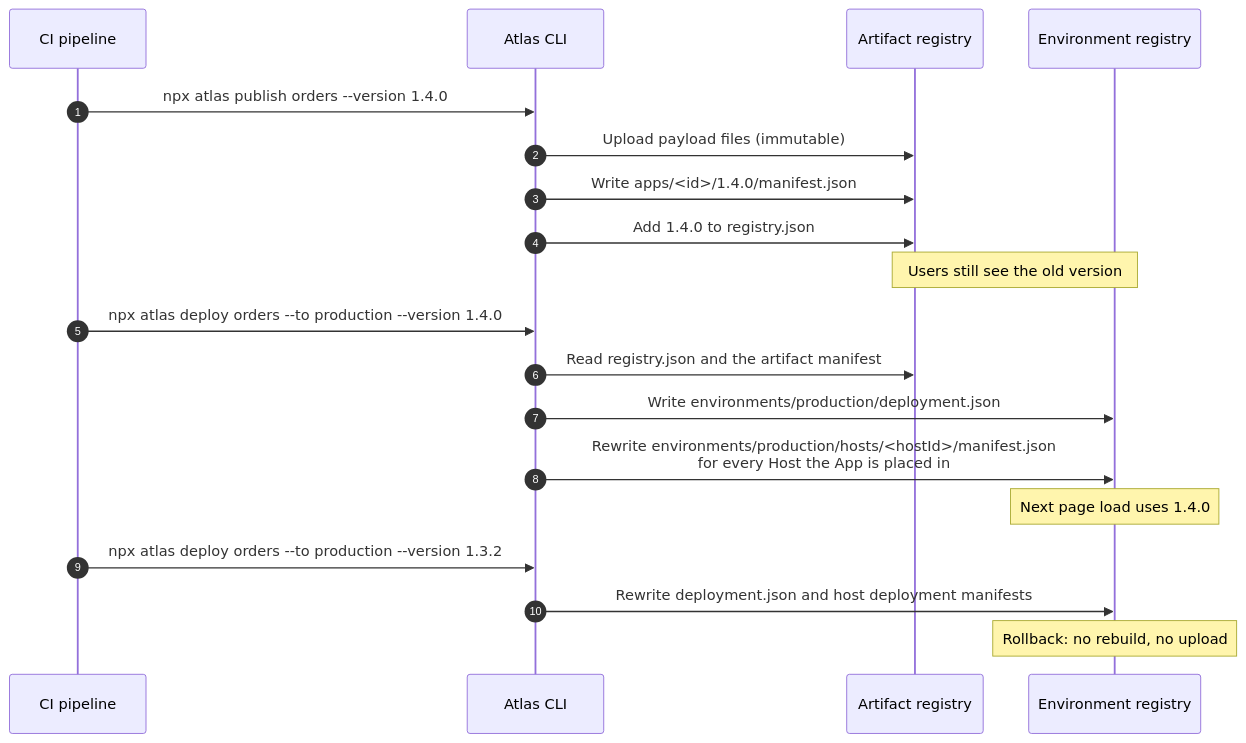
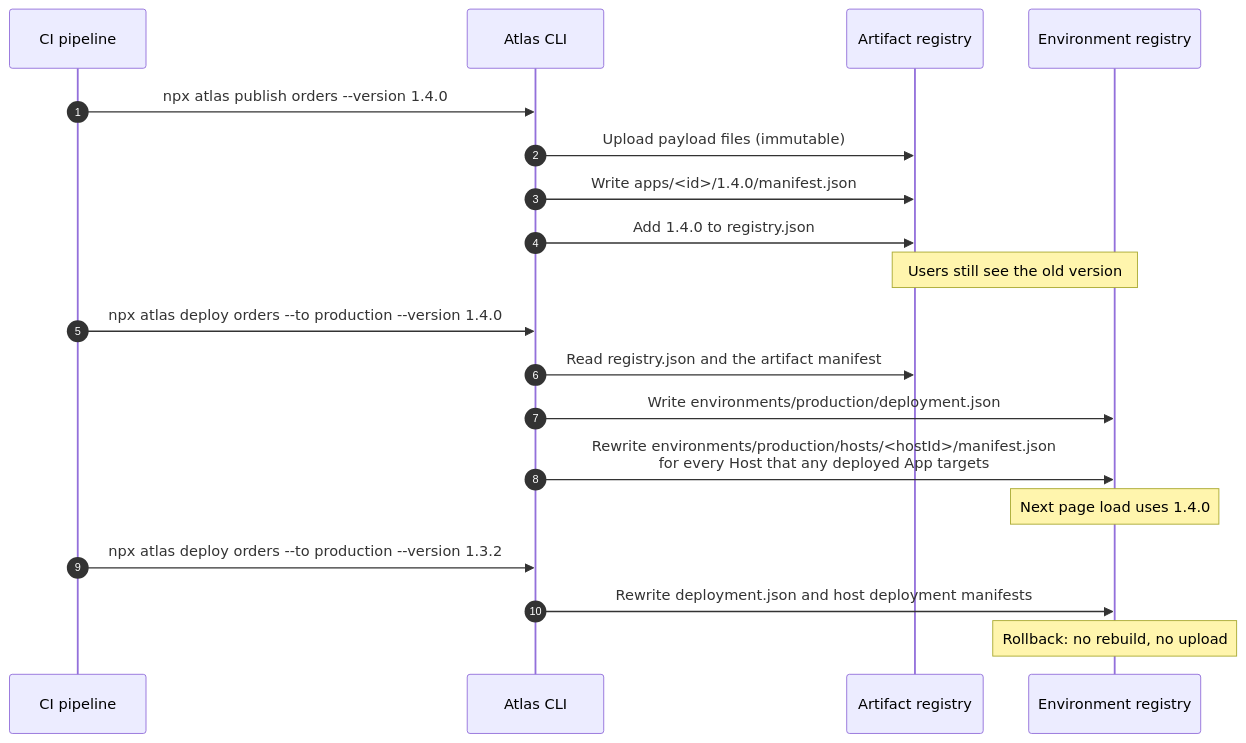
The second of 3 diagrams in docs/introduction/architecture.md (bendaj11/atlas), drawn with Mermaid before and after one commit. The commit also changed other lines of this file and 27 other files, not shown here.

````diff
--- a/docs/introduction/architecture.md
+++ b/docs/introduction/architecture.md
@@ -81,21 +81,21 @@
 ```mermaid
 sequenceDiagram
   autonumber
   participant CI as CI pipeline
   participant CLI as Atlas CLI
   participant A as Artifact registry
   participant E as Environment registry
   CI->>CLI: npx atlas publish orders --version 1.4.0
   CLI->>A: Upload payload files (immutable)
   CLI->>A: Write apps/<id>/1.4.0/manifest.json
   CLI->>A: Add 1.4.0 to registry.json
   Note over A,E: Users still see the old version
   CI->>CLI: npx atlas deploy orders --to production --version 1.4.0
   CLI->>A: Read registry.json and the artifact manifest
   CLI->>E: Write environments/production/deployment.json
-  CLI->>E: Rewrite environments/production/hosts/<hostId>/manifest.json<br/>for every Host the App is placed in
+  CLI->>E: Rewrite environments/production/hosts/<hostId>/manifest.json<br/>for every Host that any deployed App targets
   Note over E: Next page load uses 1.4.0
   CI->>CLI: npx atlas deploy orders --to production --version 1.3.2
   CLI->>E: Rewrite deployment.json and host deployment manifests
   Note over E: Rollback: no rebuild, no upload
 ```
````
